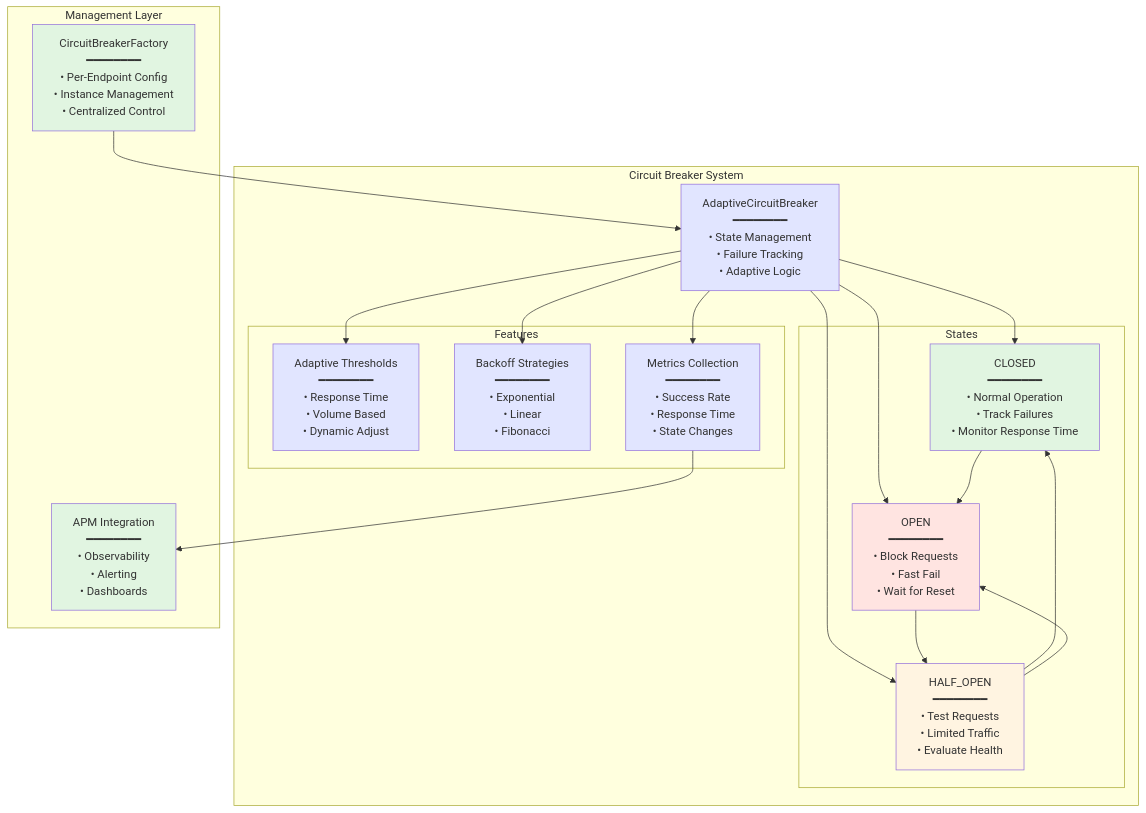
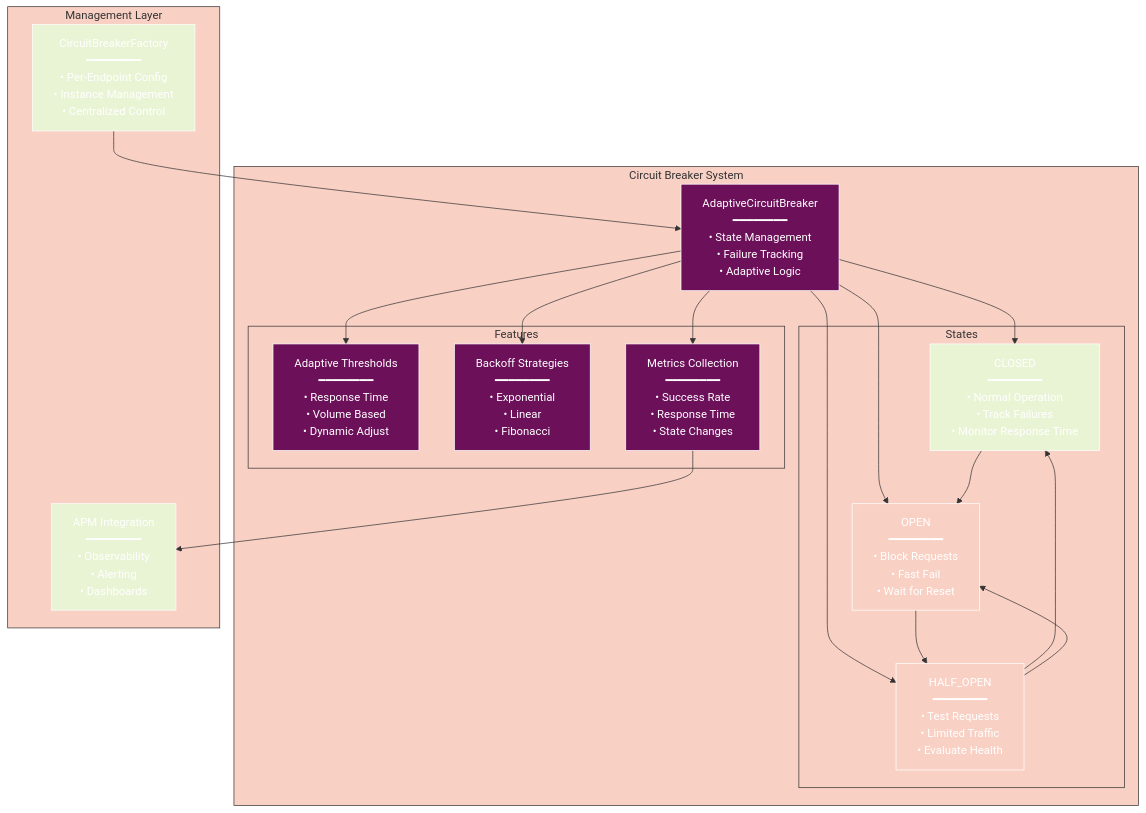
The first of 5 diagrams in docs/performance/ADAPTIVE_CIRCUIT_BREAKER.md (radicalkjax/Athena), drawn with Mermaid before and after one commit. The commit also changed other lines of this file and 27 other files, not shown here.

Commit message:
Introduction of expo package manager. Updated docs to reflect changes. Unified mermaid theme for docs.

````diff
--- a/docs/performance/ADAPTIVE_CIRCUIT_BREAKER.md
+++ b/docs/performance/ADAPTIVE_CIRCUIT_BREAKER.md
@@ -27,49 +27,70 @@
 ```mermaid
+%%{init: {
+  'theme': 'base',
+  'themeVariables': {
+    'primaryColor': '#6d105a',
+    'primaryTextColor': '#ffffff',
+    'primaryBorderColor': '#ffffff',
+    'lineColor': '#333333',
+    'secondaryColor': '#e8f4d4',
+    'secondaryTextColor': '#333333',
+    'secondaryBorderColor': '#333333',
+    'tertiaryColor': '#f9d0c4',
+    'tertiaryTextColor': '#333333',
+    'tertiaryBorderColor': '#333333',
+    'background': '#ffffff',
+    'mainBkg': '#6d105a',
+    'secondBkg': '#e8f4d4',
+    'tertiaryBkg': '#f9d0c4',
+    'textColor': '#333333',
+    'fontFamily': 'Arial, sans-serif'
+  }
+}}%%
 graph TB
     subgraph "Circuit Breaker System"
         CB[AdaptiveCircuitBreaker<br/>━━━━━━━━<br/>• State Management<br/>• Failure Tracking<br/>• Adaptive Logic]
         
         subgraph "States"
             CLOSED[CLOSED<br/>━━━━━━━━<br/>• Normal Operation<br/>• Track Failures<br/>• Monitor Response Time]
             OPEN[OPEN<br/>━━━━━━━━<br/>• Block Requests<br/>• Fast Fail<br/>• Wait for Reset]
             HALF[HALF_OPEN<br/>━━━━━━━━<br/>• Test Requests<br/>• Limited Traffic<br/>• Evaluate Health]
         end
         
         subgraph "Features"
             ADAPT[Adaptive Thresholds<br/>━━━━━━━━<br/>• Response Time<br/>• Volume Based<br/>• Dynamic Adjust]
             BACKOFF[Backoff Strategies<br/>━━━━━━━━<br/>• Exponential<br/>• Linear<br/>• Fibonacci]
             METRICS[Metrics Collection<br/>━━━━━━━━<br/>• Success Rate<br/>• Response Time<br/>• State Changes]
         end
     end
     
     subgraph "Management Layer"
         FACTORY[CircuitBreakerFactory<br/>━━━━━━━━<br/>• Per-Endpoint Config<br/>• Instance Management<br/>• Centralized Control]
         APM[APM Integration<br/>━━━━━━━━<br/>• Observability<br/>• Alerting<br/>• Dashboards]
     end
     
     CB --> CLOSED
     CB --> OPEN
     CB --> HALF
     
     CLOSED --> OPEN
     OPEN --> HALF
     HALF --> CLOSED
     HALF --> OPEN
     
     CB --> ADAPT
     CB --> BACKOFF
     CB --> METRICS
     
     FACTORY --> CB
     METRICS --> APM
     
-    style CB fill:#e1e5ff
-    style CLOSED fill:#e1f5e1
-    style OPEN fill:#ffe4e1
-    style HALF fill:#fff4e1
-    style ADAPT fill:#e1e5ff
-    style BACKOFF fill:#e1e5ff
-    style METRICS fill:#e1e5ff
-    style FACTORY fill:#e1f5e1
-    style APM fill:#e1f5e1
+    style CB fill:#6d105a
+    style CLOSED fill:#e8f4d4
+    style OPEN fill:#f9d0c4
+    style HALF fill:#f9d0c4
+    style ADAPT fill:#6d105a
+    style BACKOFF fill:#6d105a
+    style METRICS fill:#6d105a
+    style FACTORY fill:#e8f4d4
+    style APM fill:#e8f4d4
 ```
````
